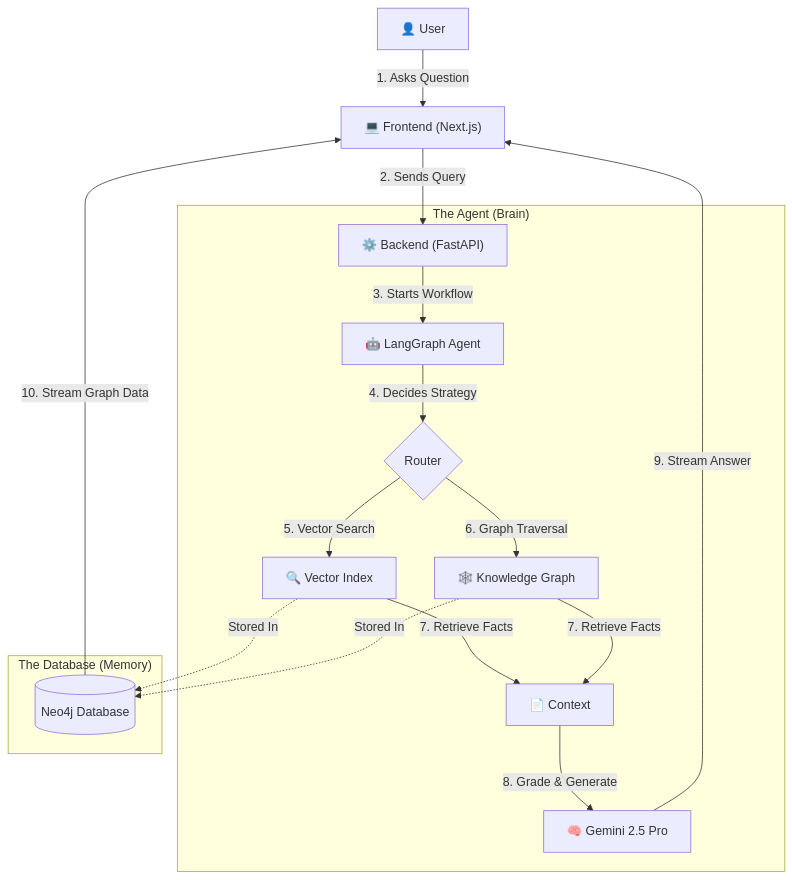
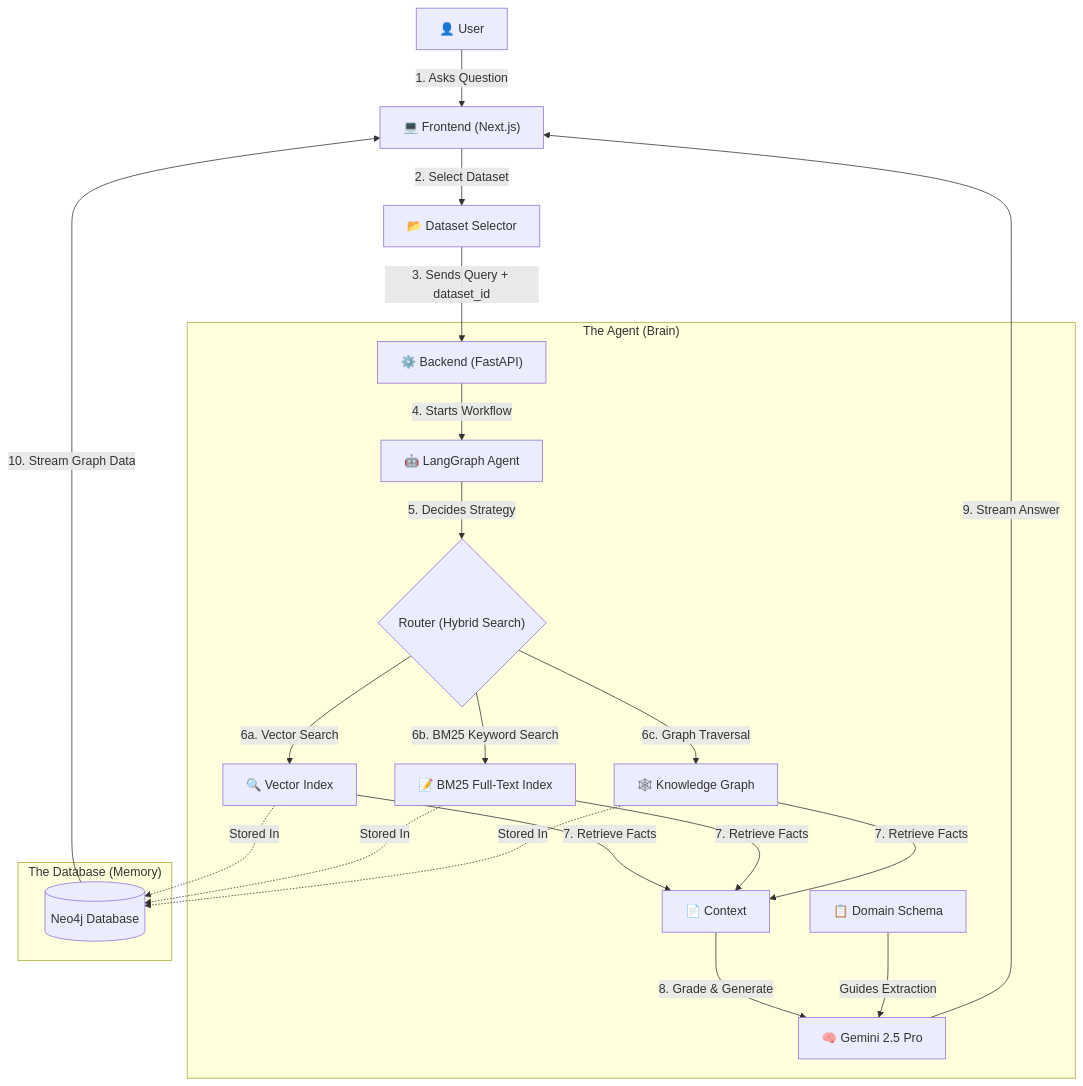
One commit to yashmoar11/Enterprise-Brain changed the diagram in Project_Atlas.md. Above: the diagram before and after it, drawn with Mermaid. The commit also changed other lines of this file and 317 other files, not shown here.

````diff
--- a/Project_Atlas.md
+++ b/Project_Atlas.md
@@ -18,23 +18,28 @@
 ```mermaid
 graph TD
     User["👤 User"] -->|1. Asks Question| Frontend["💻 Frontend (Next.js)"]
-    Frontend -->|2. Sends Query| Backend["⚙️ Backend (FastAPI)"]
+    Frontend -->|2. Select Dataset| DatasetSelector["📂 Dataset Selector"]
+    DatasetSelector -->|3. Sends Query + dataset_id| Backend["⚙️ Backend (FastAPI)"]
     
     subgraph "The Agent (Brain)"
-        Backend -->|3. Starts Workflow| Agent["🤖 LangGraph Agent"]
-        Agent -->|4. Decides Strategy| Router{"Router"}
-        Router -->|5. Vector Search| Vector["🔍 Vector Index"]
-        Router -->|6. Graph Traversal| Graph["🕸️ Knowledge Graph"]
+        Backend -->|4. Starts Workflow| Agent["🤖 LangGraph Agent"]
+        Agent -->|5. Decides Strategy| Router{"Router (Hybrid Search)"}
+        Router -->|6a. Vector Search| Vector["🔍 Vector Index"]
+        Router -->|6b. BM25 Keyword Search| BM25["📝 BM25 Full-Text Index"]
+        Router -->|6c. Graph Traversal| Graph["🕸️ Knowledge Graph"]
         Vector -->|7. Retrieve Facts| Context["📄 Context"]
+        BM25 -->|7. Retrieve Facts| Context
         Graph -->|7. Retrieve Facts| Context
         Context -->|8. Grade & Generate| LLM["🧠 Gemini 2.5 Pro"]
+        DomainSchema["📋 Domain Schema"] -->|Guides Extraction| LLM
     end
     
     subgraph "The Database (Memory)"
         Vector -.->|Stored In| Neo4j[("Neo4j Database")]
+        BM25 -.->|Stored In| Neo4j
         Graph -.->|Stored In| Neo4j
     end
 
     LLM -->|9. Stream Answer| Frontend
     Neo4j -->|10. Stream Graph Data| Frontend
 ```
````
